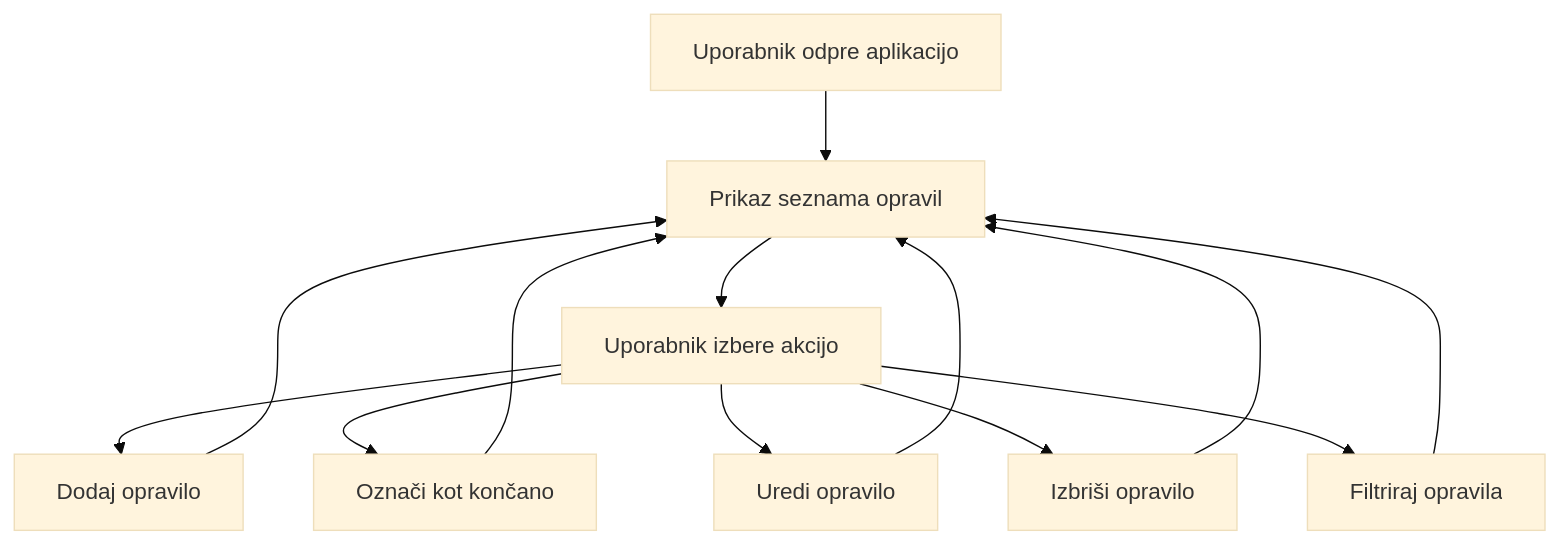
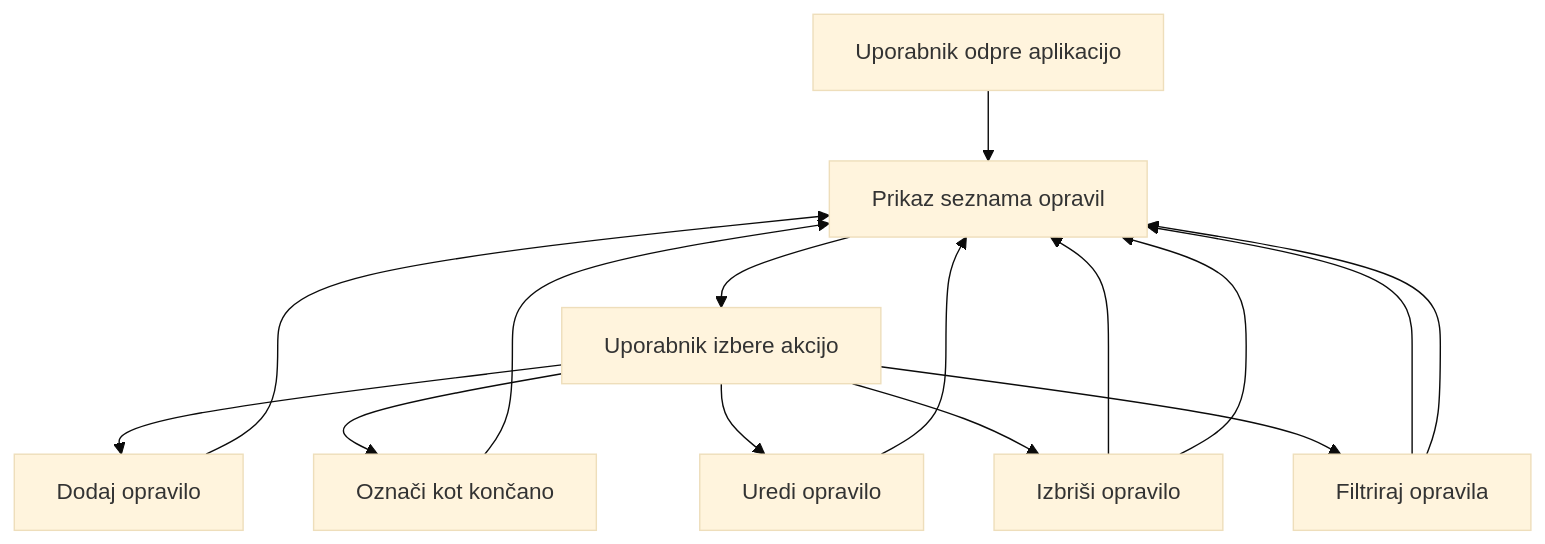
Before and after one commit to utro007/todo-app: the diagram in README.md, drawn with Mermaid (base theme).

````diff
--- a/README.md
+++ b/README.md
@@ -140,15 +140,17 @@
 ```mermaid
 graph TD
     A[Uporabnik odpre aplikacijo] --> B[Prikaz seznama opravil]
     B --> C[Uporabnik izbere akcijo]
     C --> D[Dodaj opravilo]
     C --> E[Označi kot končano]
     C --> F[Uredi opravilo]
     C --> G[Izbriši opravilo]
     C --> H[Filtriraj opravila]
     D --> B
     E --> B
     F --> B
     G --> B
     H --> B
+    G --> B
+    H --> B
 ```
````
